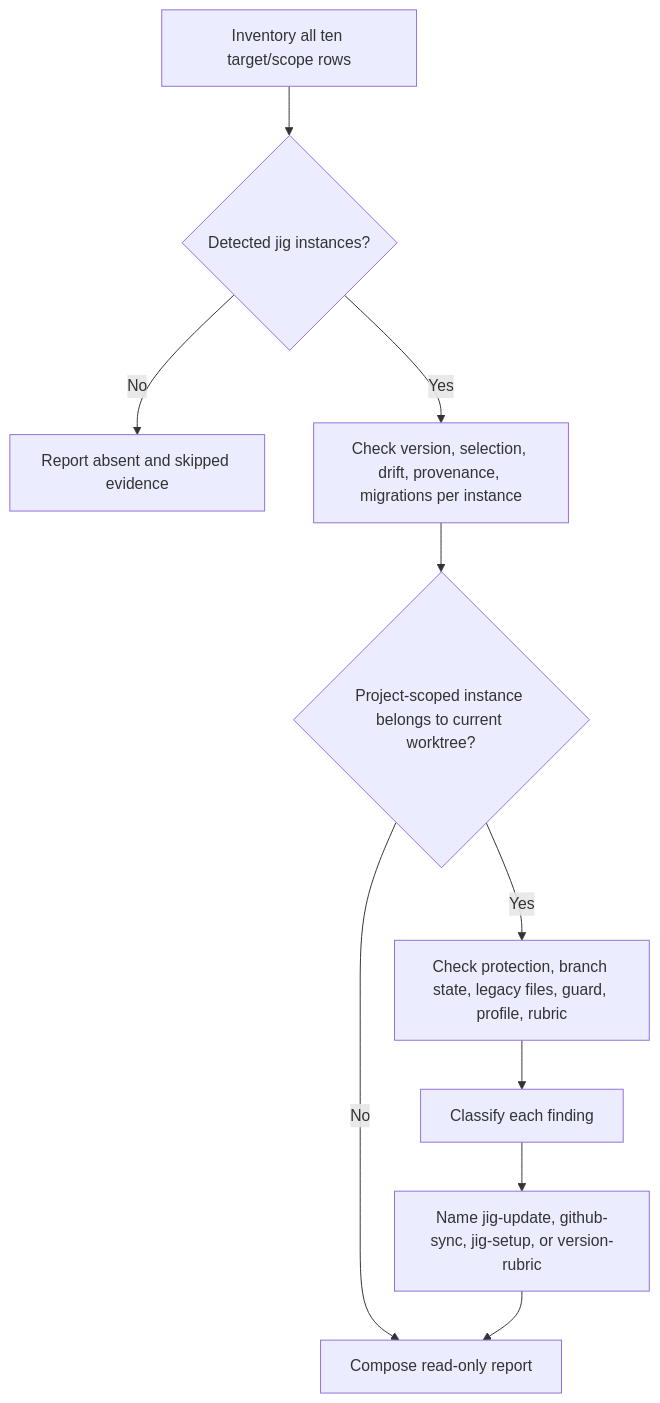
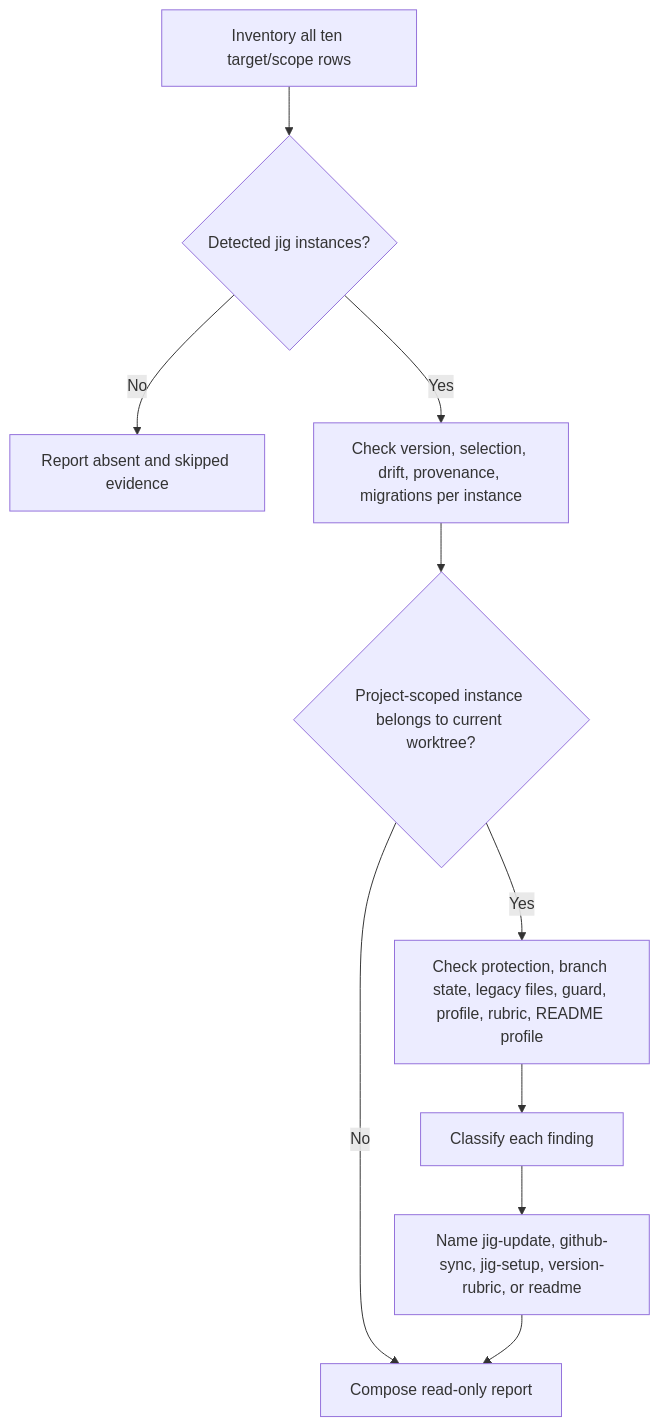
One commit to 0x0w1/jig changed the diagram in docs/en/skills/jig-doctor.md. Above: the diagram before and after it, drawn with Mermaid. The commit also changed other lines of this file and 7 other files, not shown here.

````diff
--- a/docs/en/skills/jig-doctor.md
+++ b/docs/en/skills/jig-doctor.md
@@ -28,12 +28,12 @@
 ```mermaid
 flowchart TD
     Inventory[Inventory all ten target/scope rows] --> Instances{Detected jig instances?}
     Instances -- No --> ReportAbsent[Report absent and skipped evidence]
     Instances -- Yes --> PerInstance[Check version, selection, drift, provenance, migrations per instance]
     PerInstance --> Project{Project-scoped instance belongs to current worktree?}
     Project -- No --> Report[Compose read-only report]
-    Project -- Yes --> Repo[Check protection, branch state, legacy files, guard, profile, rubric]
+    Project -- Yes --> Repo[Check protection, branch state, legacy files, guard, profile, rubric, README profile]
     Repo --> Classify[Classify each finding]
-    Classify --> Delegate[Name jig-update, github-sync, jig-setup, or version-rubric]
+    Classify --> Delegate[Name jig-update, github-sync, jig-setup, version-rubric, or readme]
     Delegate --> Report
 ```
````
